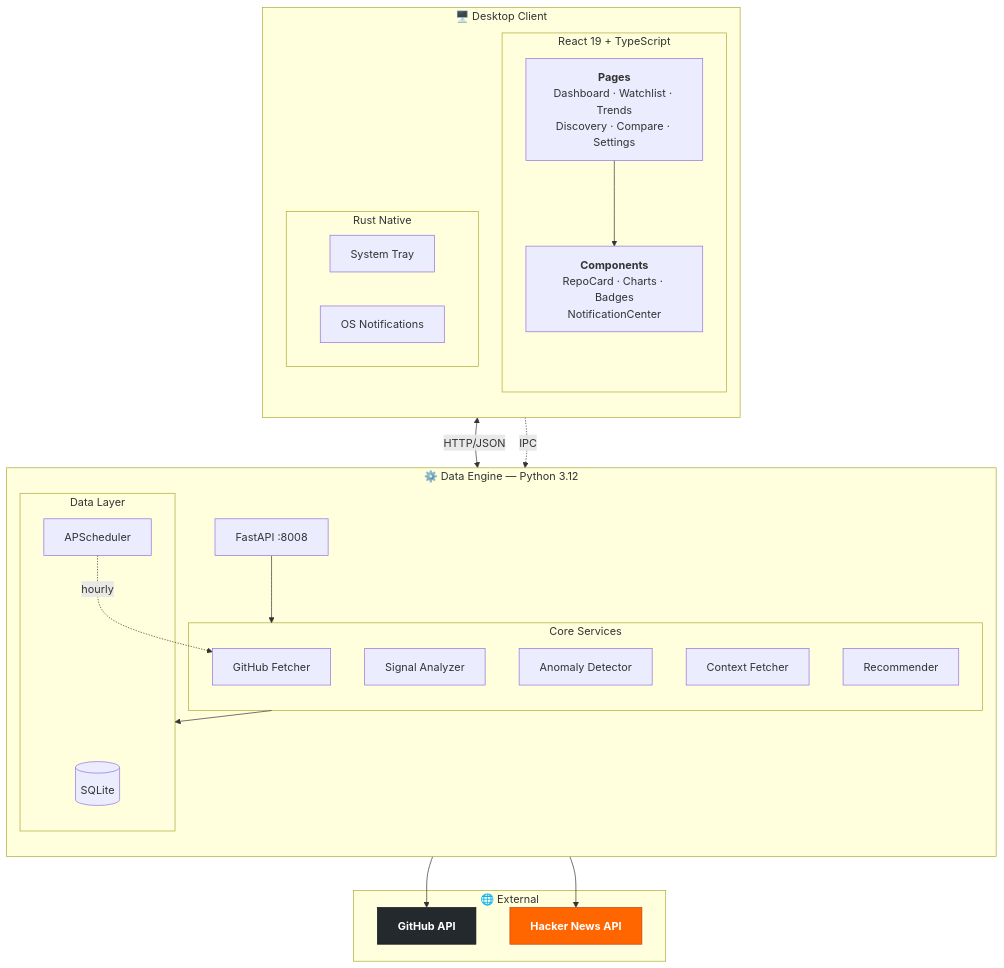
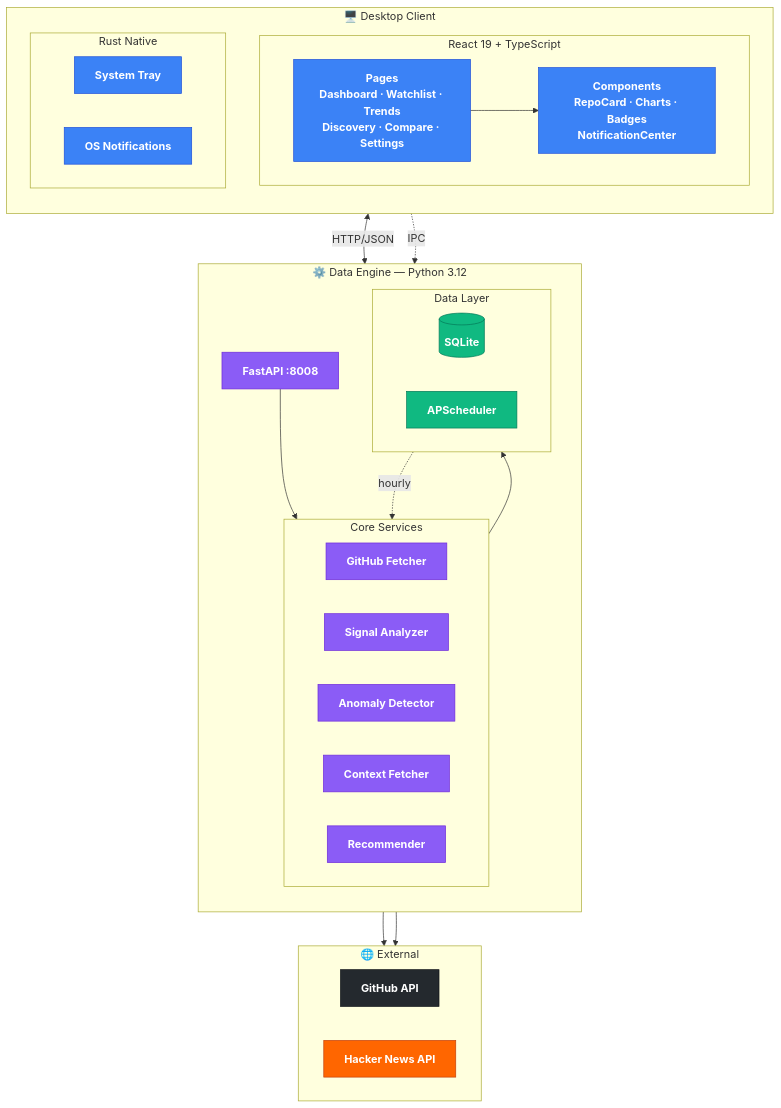
Before and after one commit to Neal75418/StarScope: the second of 2 diagrams in README.md, drawn with Mermaid.

Commit message:
docs: update feature map with directional flows
- Added directional flow (LR/TB) for improved readability in mermaid graphs.
- Introduced class definitions for visual distinction of components.
- Grouped related nodes for better structure and clarity.

````diff
--- a/README.md
+++ b/README.md
@@ -72,49 +72,61 @@
 ```mermaid
 graph TB
     subgraph Desktop["🖥️ Desktop Client"]
         direction TB
         subgraph UI["React 19 + TypeScript"]
+            direction LR
             Pages["<b>Pages</b><br/>Dashboard · Watchlist · Trends<br/>Discovery · Compare · Settings"]
             Components["<b>Components</b><br/>RepoCard · Charts · Badges<br/>NotificationCenter"]
+            Pages --> Components
         end
         subgraph Native["Rust Native"]
+            direction LR
             Tray["System Tray"]
             Notify["OS Notifications"]
         end
-        Pages --> Components
     end
 
     subgraph Engine["⚙️ Data Engine — Python 3.12"]
         direction TB
         API["FastAPI :8008"]
         subgraph Services["Core Services"]
+            direction LR
             Fetch["GitHub Fetcher"]
             Analyze["Signal Analyzer"]
             Detect["Anomaly Detector"]
             Context["Context Fetcher"]
             Recommend["Recommender"]
         end
         subgraph Data["Data Layer"]
+            direction LR
             DB[("SQLite")]
             Sched["APScheduler"]
         end
         API --> Services
         Services --> Data
         Sched -.->|hourly| Fetch
     end
 
     subgraph Ext["🌐 External"]
+        direction LR
         GH["GitHub API"]
         HN["Hacker News API"]
     end
 
     Components <-->|HTTP/JSON| API
     Native -.->|IPC| API
     Fetch --> GH
     Context --> HN
 
+    classDef frontend fill:#3b82f6,stroke:#1d4ed8,color:#fff,font-weight:bold
+    classDef backend fill:#8b5cf6,stroke:#6d28d9,color:#fff,font-weight:bold
+    classDef storage fill:#10b981,stroke:#047857,color:#fff,font-weight:bold
     classDef github fill:#24292e,stroke:#0d1117,color:#fff,font-weight:bold
     classDef hackernews fill:#ff6600,stroke:#c2410c,color:#fff,font-weight:bold
+
+    class Pages,Components,Tray,Notify frontend
+    class API,Fetch,Analyze,Detect,Context,Recommend backend
+    class DB,Sched storage
     class GH github
     class HN hackernews
 ```
````
